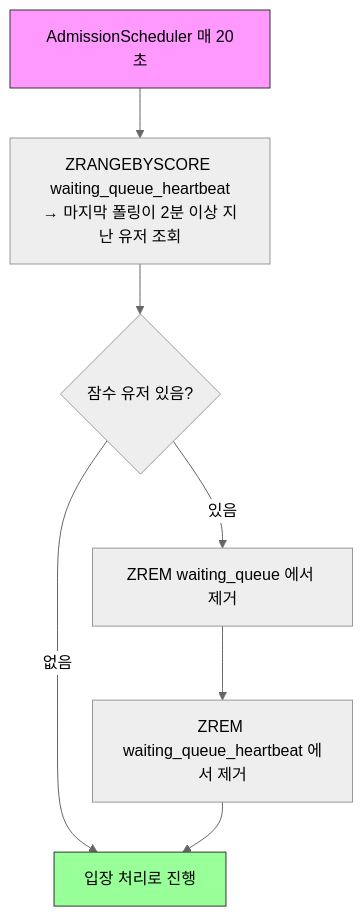
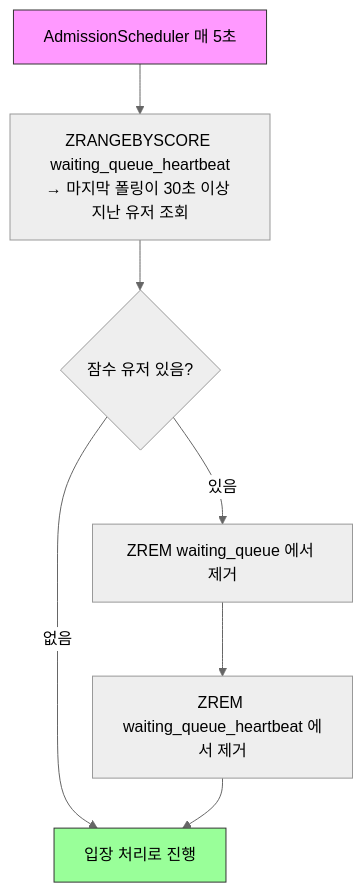
Before and after one commit to irnd04/zticket: the third of 7 diagrams in README.md, drawn with Mermaid (neutral theme). The commit also changed other lines of this file and 2 other files, not shown here.

````diff
--- a/README.md
+++ b/README.md
@@ -113,12 +113,12 @@
 ```mermaid
 flowchart TD
-    A[AdmissionScheduler 매 20초] --> B["ZRANGEBYSCORE waiting_queue_heartbeat<br/>→ 마지막 폴링이 2분 이상 지난 유저 조회"]
+    A[AdmissionScheduler 매 5초] --> B["ZRANGEBYSCORE waiting_queue_heartbeat<br/>→ 마지막 폴링이 30초 이상 지난 유저 조회"]
     B --> C{잠수 유저 있음?}
     C -- 없음 --> END[입장 처리로 진행]
     C -- 있음 --> D[ZREM waiting_queue 에서 제거]
     D --> E[ZREM waiting_queue_heartbeat 에서 제거]
     E --> END
 
     style A fill:#f9f,stroke:#333
     style END fill:#9f9,stroke:#333
 ```
````
